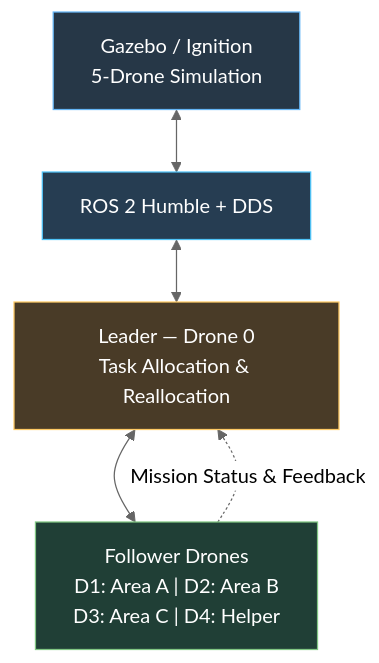
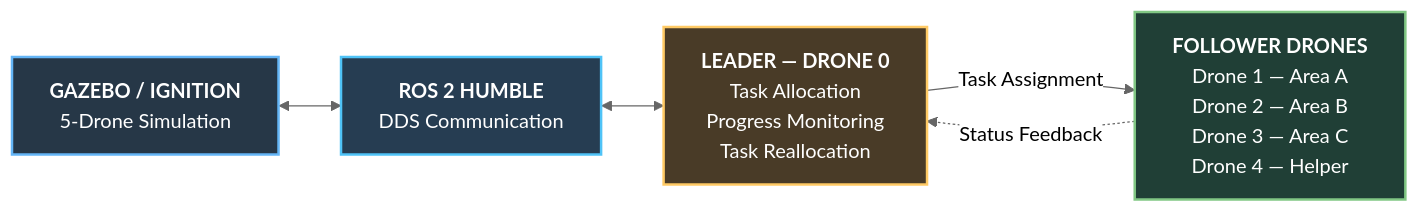
One commit to rishivexe-alt/AeroNexus changed the diagram in README.md. Above: the diagram before and after it, drawn with Mermaid (neutral theme).

````diff
--- a/README.md
+++ b/README.md
@@ -74,17 +73,22 @@
 ```mermaid
-flowchart TD
-    A["Gazebo / Ignition<br/>5-Drone Simulation"]
-    B["ROS 2 Humble + DDS"]
-    C["Leader — Drone 0<br/>Task Allocation & Reallocation"]
-    D["Follower Drones<br/>D1: Area A | D2: Area B<br/>D3: Area C | D4: Helper"]
+flowchart LR
+    A["<b>GAZEBO / IGNITION</b><br/>5-Drone Simulation"]
+    B["<b>ROS 2 HUMBLE</b><br/>DDS Communication"]
+    C["<b>LEADER — DRONE 0</b><br/>Task Allocation<br/>Progress Monitoring<br/>Task Reallocation"]
+    D["<b>FOLLOWER DRONES</b><br/>Drone 1 — Area A<br/>Drone 2 — Area B<br/>Drone 3 — Area C<br/>Drone 4 — Helper"]
 
     A <--> B
     B <--> C
-    C <--> D
-    D -. "Mission Status & Feedback" .-> C
+    C -->|Task Assignment| D
+    D -.->|Status Feedback| C
 
-    style A fill:#263747,stroke:#64B5F6,color:#fff
-    style B fill:#263D52,stroke:#4FC3F7,color:#fff
-    style C fill:#493B27,stroke:#FFCA65,color:#fff
-    style D fill:#203F36,stroke:#81C784,color:#fff
+    classDef sim fill:#263747,stroke:#64B5F6,color:#FFFFFF,stroke-width:2px
+    classDef comm fill:#263D52,stroke:#4FC3F7,color:#FFFFFF,stroke-width:2px
+    classDef leader fill:#493B27,stroke:#FFCA65,color:#FFFFFF,stroke-width:2px
+    classDef drones fill:#203F36,stroke:#81C784,color:#FFFFFF,stroke-width:2px
+
+    class A sim
+    class B comm
+    class C leader
+    class D drones
 ```
````
